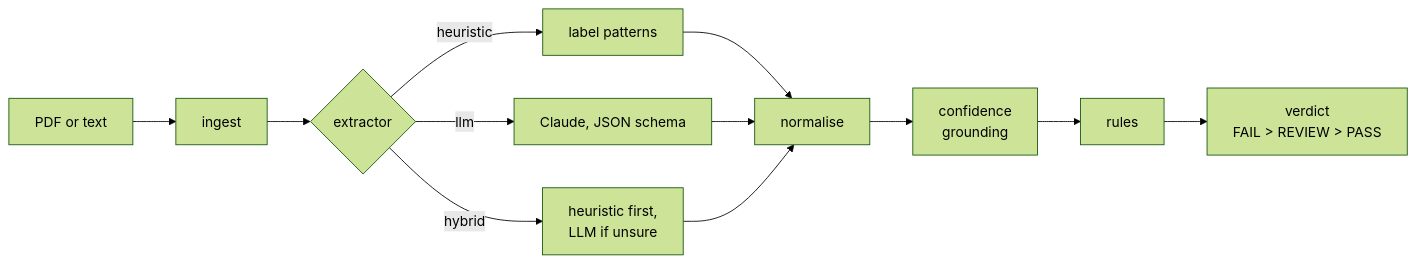
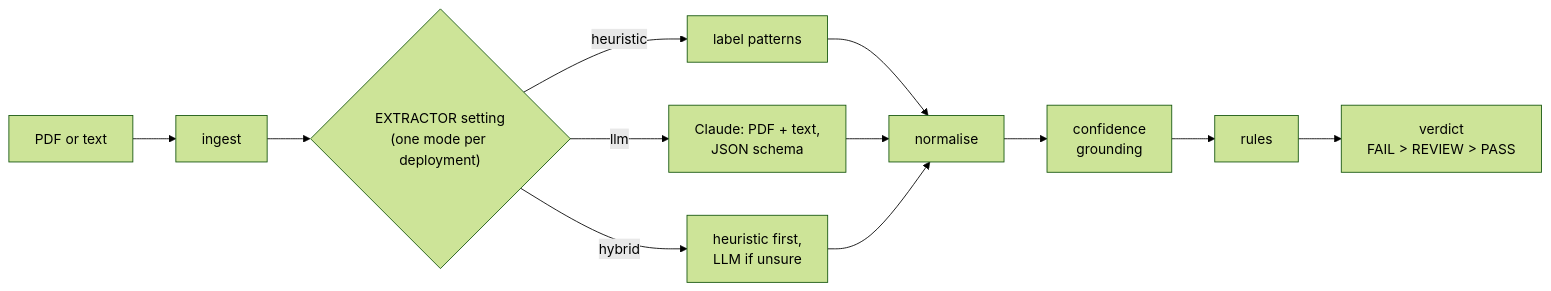
The diagram in README.md (saveit20/ai-document-validator), drawn with Mermaid (forest theme) before and after one commit. The commit also changed other lines of this file and 9 other files, not shown here.

````diff
--- a/README.md
+++ b/README.md
@@ -31,12 +31,12 @@
 ```mermaid
 flowchart LR
     A[PDF or text] --> B[ingest]
-    B --> C{extractor}
+    B --> C{"EXTRACTOR setting<br/>(one mode per deployment)"}
     C -->|heuristic| D[label patterns]
-    C -->|llm| E[Claude, JSON schema]
+    C -->|llm| E[Claude: PDF + text,<br/>JSON schema]
     C -->|hybrid| F[heuristic first,<br/>LLM if unsure]
     D & E & F --> G[normalise]
     G --> H[confidence<br/>grounding]
     H --> I[rules]
     I --> J[verdict<br/>FAIL > REVIEW > PASS]
 ```
````
